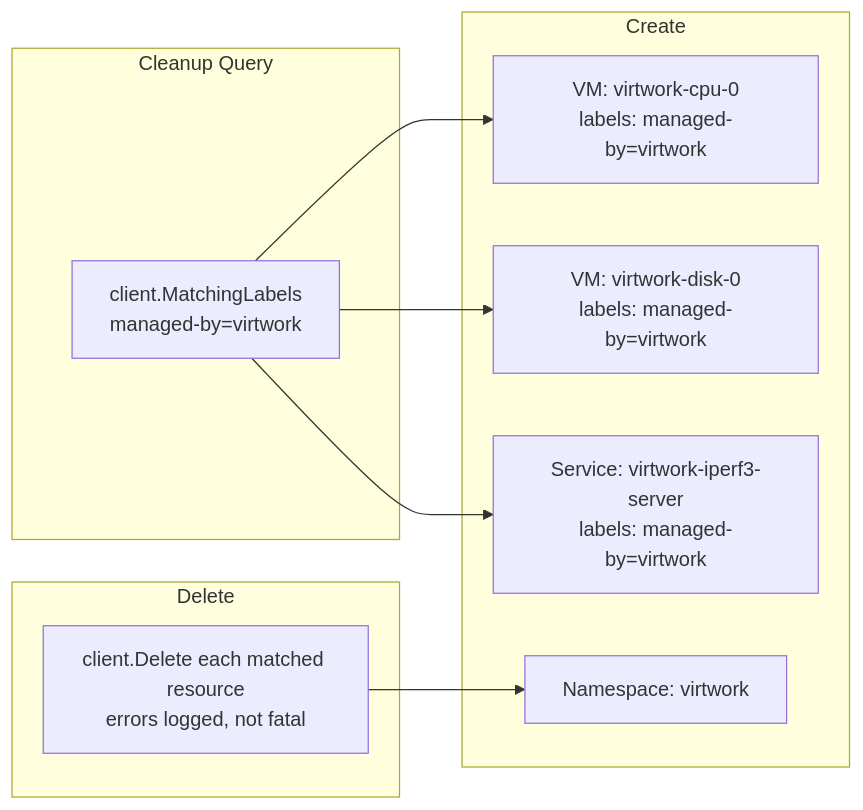
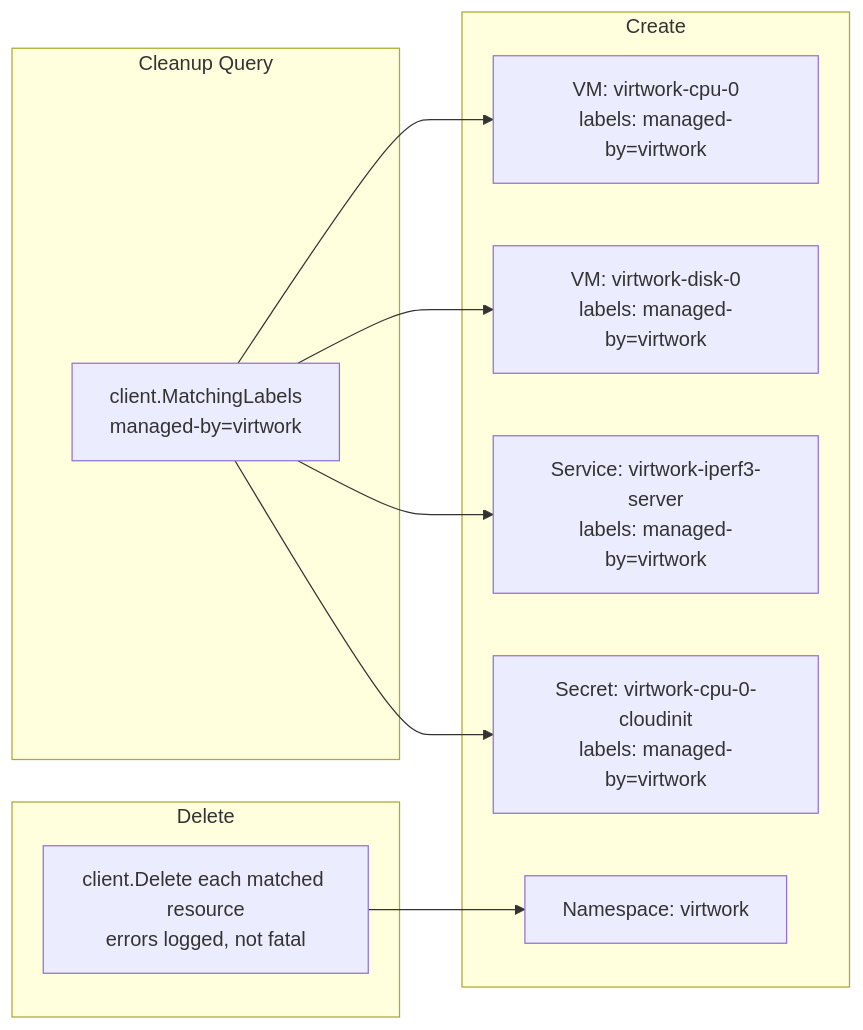
The seventh of 9 diagrams in docs/architecture.md (redhat-openshift-partner-labs/virtwork), drawn with Mermaid before and after one commit. The commit also changed other lines of this file and 2 other files, not shown here.

````diff
--- a/docs/architecture.md
+++ b/docs/architecture.md
@@ -295,22 +297,24 @@
 ```mermaid
 flowchart LR
     subgraph "Create"
         VM1["VM: virtwork-cpu-0\nlabels: managed-by=virtwork"]
         VM2["VM: virtwork-disk-0\nlabels: managed-by=virtwork"]
         SVC["Service: virtwork-iperf3-server\nlabels: managed-by=virtwork"]
+        SEC["Secret: virtwork-cpu-0-cloudinit\nlabels: managed-by=virtwork"]
         NS["Namespace: virtwork"]
     end
 
     subgraph "Cleanup Query"
         SEL["client.MatchingLabels\nmanaged-by=virtwork"]
     end
 
     subgraph "Delete"
         DEL["client.Delete each matched resource\nerrors logged, not fatal"]
     end
 
     SEL --> VM1
     SEL --> VM2
     SEL --> SVC
+    SEL --> SEC
     DEL --> NS
 ```
````
